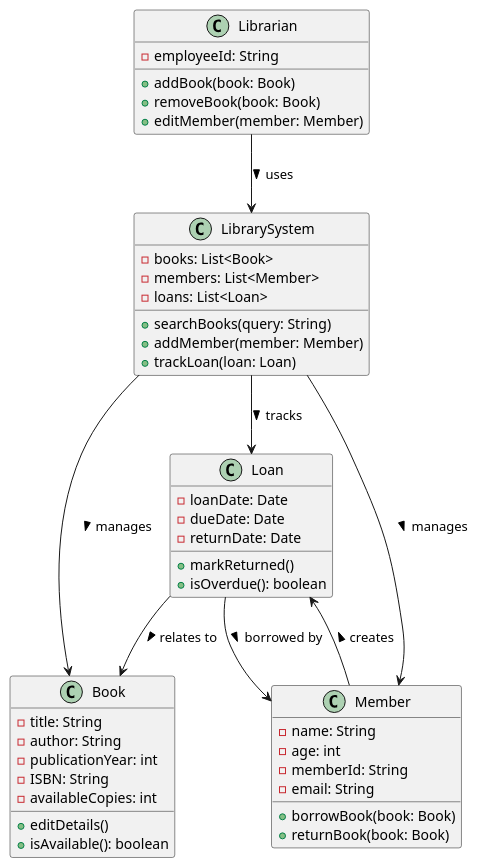
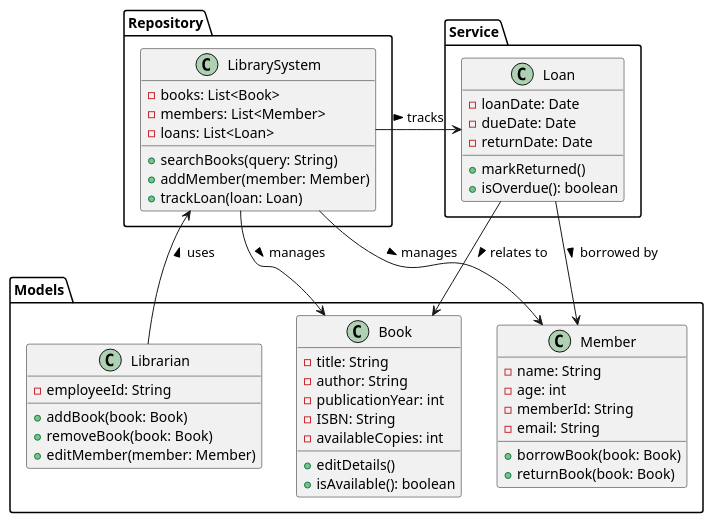
The diagram in src/uml/IntecPuntClassDiagram.puml (BramLab/IntecPunt), drawn with PlantUML before and after one commit.

```diff
--- a/src/uml/IntecPuntClassDiagram.puml
+++ b/src/uml/IntecPuntClassDiagram.puml
@@ -1,53 +1,57 @@
 @startuml
-
+Package "Models" {
 class Book {
   - title: String
   - author: String
   - publicationYear: int
   - ISBN: String
   - availableCopies: int
   + editDetails()
   + isAvailable(): boolean
 }
 
 class Member {
   - name: String
   - age: int
   - memberId: String
   - email: String
   + borrowBook(book: Book)
   + returnBook(book: Book)
 }
 
+class Librarian {
+  - employeeId: String
+  + addBook(book: Book)
+  + removeBook(book: Book)
+  + editMember(member: Member)
+  }
+}
+
+Package Service {
 class Loan {
   - loanDate: Date
   - dueDate: Date
   - returnDate: Date
   + markReturned()
   + isOverdue(): boolean
+ }
 }
 
-class Librarian {
-  - employeeId: String
-  + addBook(book: Book)
-  + removeBook(book: Book)
-  + editMember(member: Member)
-}
-
+Package Repository {
 class LibrarySystem {
   - books: List<Book>
   - members: List<Member>
   - loans: List<Loan>
   + searchBooks(query: String)
   + addMember(member: Member)
   + trackLoan(loan: Loan)
   }
+}
 
 LibrarySystem --> Book : manages >
 LibrarySystem --> Member : manages >
 LibrarySystem --> Loan : tracks >
 Loan --> Book : relates to >
 Loan --> Member : borrowed by >
 Librarian --> LibrarySystem : uses >
-Member --> Loan : creates >
 @enduml
```
